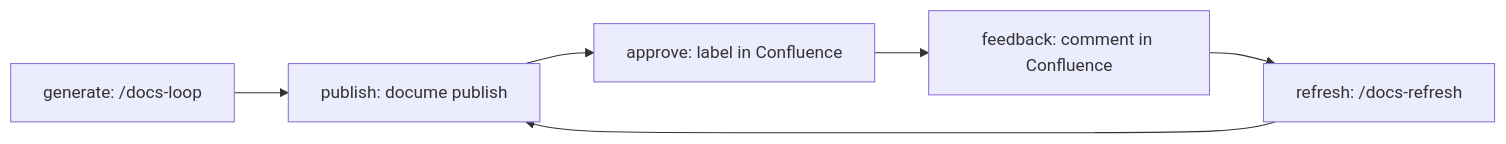
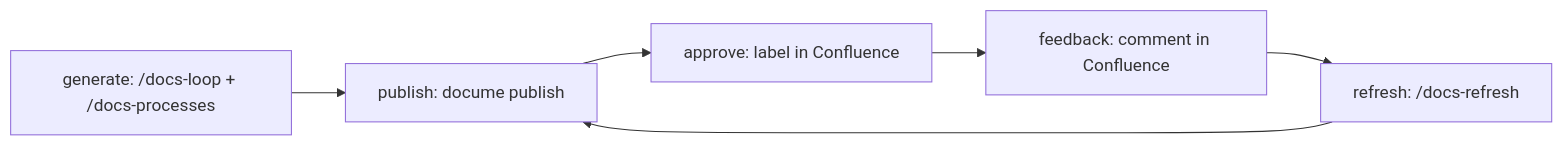
The diagram in docs/wiki/10-concepts/lifecycle.md (moberghr/docu-me), drawn with Mermaid before and after one commit. The commit also changed other lines of this file and 10 other files, not shown here.

````diff
--- a/docs/wiki/10-concepts/lifecycle.md
+++ b/docs/wiki/10-concepts/lifecycle.md
@@ -17,8 +17,8 @@
 ```mermaid
 flowchart LR
-  generate[generate: /docs-loop] --> publish[publish: docume publish]
+  generate[generate: /docs-loop + /docs-processes] --> publish[publish: docume publish]
   publish --> approve[approve: label in Confluence]
   approve --> feedback[feedback: comment in Confluence]
   feedback --> refresh[refresh: /docs-refresh]
   refresh --> publish
 ```
````
